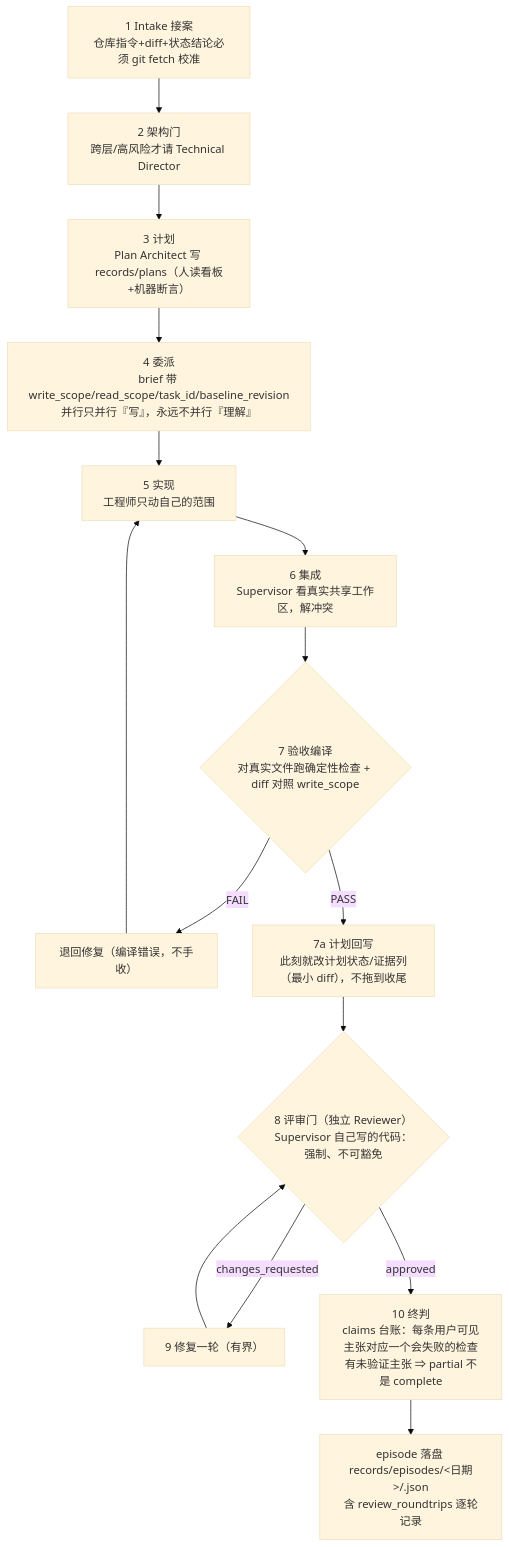
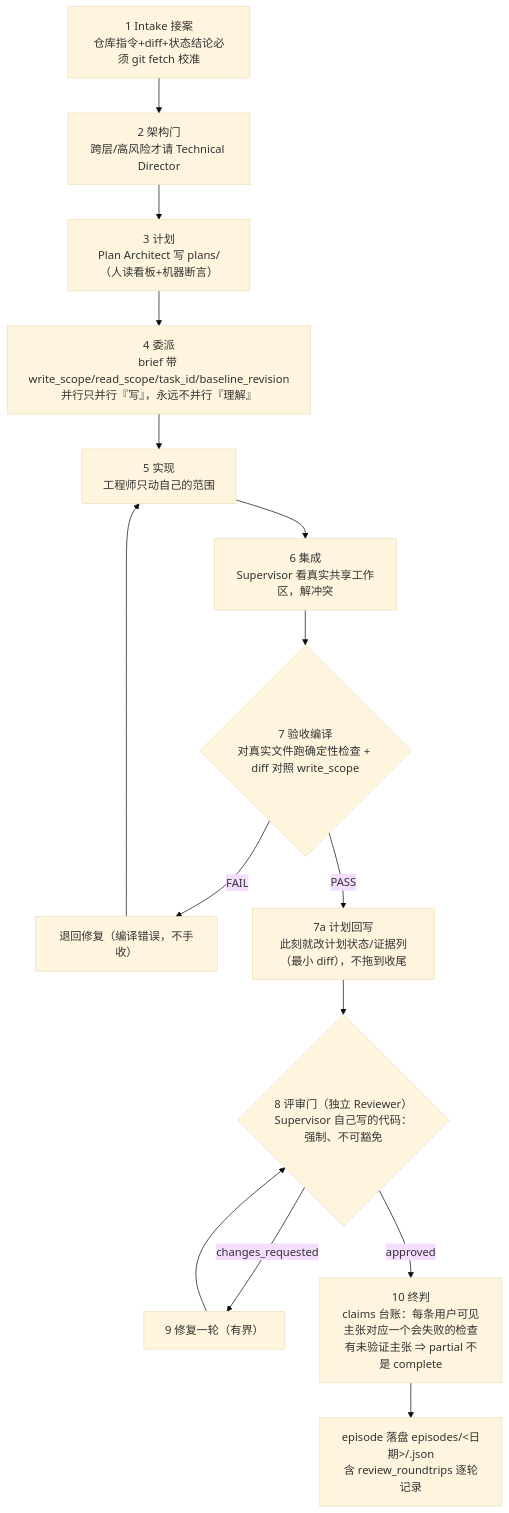
One commit to Ganseblum/agentflows changed the second of 5 diagrams in docs/system-guide.md. Above: the diagram before and after it, drawn with Mermaid (base theme). The commit also changed other lines of this file and 302 other files, not shown here.

````diff
--- a/docs/system-guide.md
+++ b/docs/system-guide.md
@@ -89,16 +89,16 @@
 ```mermaid
 flowchart TB
     A["1 Intake 接案<br/>仓库指令+diff+状态结论必须 git fetch 校准"] --> B["2 架构门<br/>跨层/高风险才请 Technical Director"]
-    B --> C["3 计划<br/>Plan Architect 写 records/plans（人读看板+机器断言）"]
+    B --> C["3 计划<br/>Plan Architect 写 plans/（人读看板+机器断言）"]
     C --> D["4 委派<br/>brief 带 write_scope/read_scope/task_id/baseline_revision<br/>并行只并行『写』，永远不并行『理解』"]
     D --> E["5 实现<br/>工程师只动自己的范围"]
     E --> F["6 集成<br/>Supervisor 看真实共享工作区，解冲突"]
     F --> G{"7 验收编译<br/>对真实文件跑确定性检查 + diff 对照 write_scope"}
     G -- FAIL --> H["退回修复（编译错误，不手收）"]
     H --> E
     G -- PASS --> I["7a 计划回写<br/>此刻就改计划状态/证据列（最小 diff），不拖到收尾"]
     I --> J{"8 评审门（独立 Reviewer）<br/>Supervisor 自己写的代码：强制、不可豁免"}
     J -- changes_requested --> K["9 修复一轮（有界）"] --> J
     J -- approved --> L["10 终判<br/>claims 台账：每条用户可见主张对应一个会失败的检查<br/>有未验证主张 ⇒ partial 不是 complete"]
-    L --> M["episode 落盘 records/episodes/<日期>/<EP-id>.json<br/>含 review_roundtrips 逐轮记录"]
+    L --> M["episode 落盘 episodes/<日期>/<EP-id>.json<br/>含 review_roundtrips 逐轮记录"]
 ```
````
